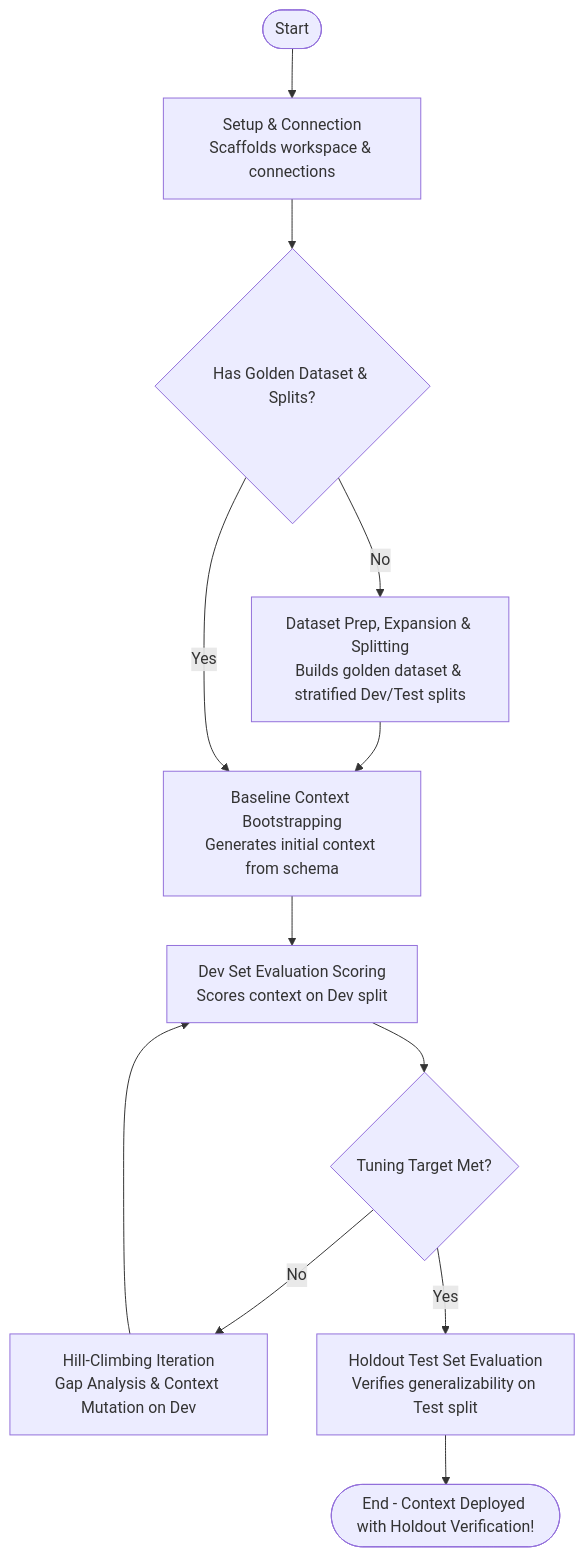
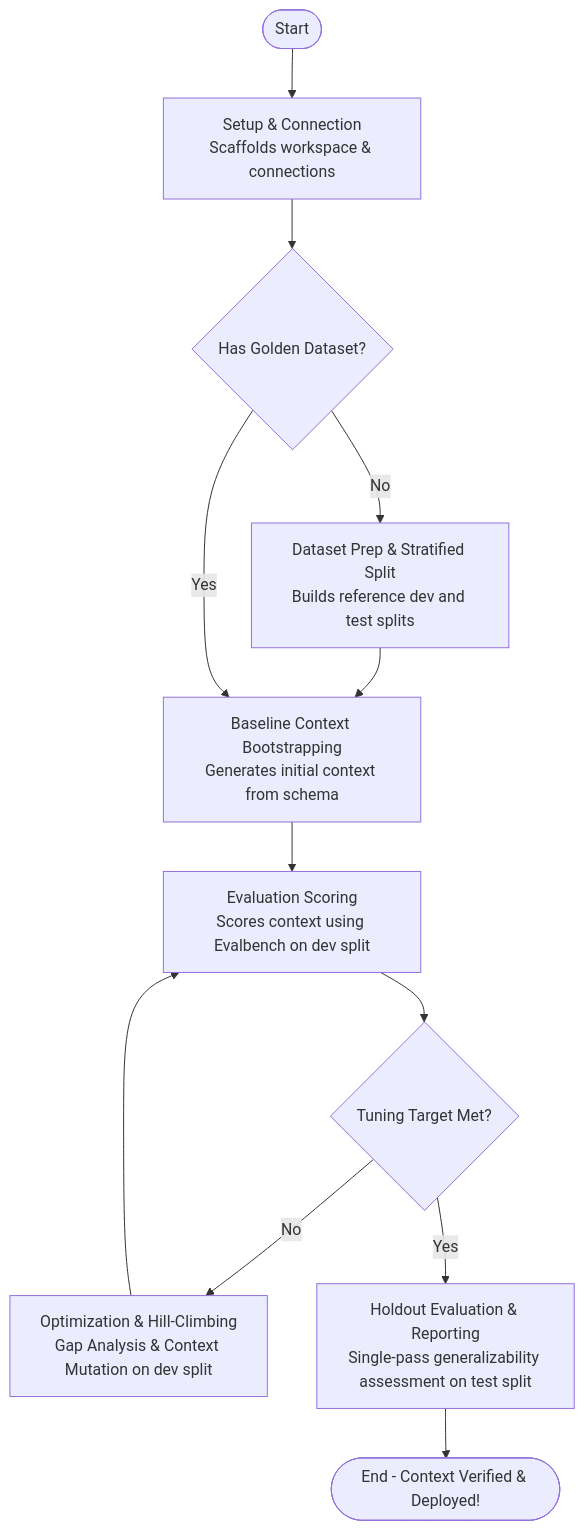
One commit to GoogleCloudPlatform/db-context-enrichment changed the diagram in plugin/skills/context-engineering-workflow/SKILL.md. Above: the diagram before and after it, drawn with Mermaid. The commit also changed other lines of this file and 7 other files, not shown here.

Commit message:
implementation that aligns with the new generalizability test feature design doc

````diff
--- a/plugin/skills/context-engineering-workflow/SKILL.md
+++ b/plugin/skills/context-engineering-workflow/SKILL.md
@@ -18,24 +18,24 @@
 ```mermaid
 flowchart TD
     Start([Start]) --> Setup[Setup & Connection
 Scaffolds workspace & connections]
-    Setup --> Prep{Has Golden Dataset & Splits?}
+    Setup --> Prep{Has Golden Dataset?}
     
-    Prep -- No --> DatasetPrep[Dataset Prep, Expansion & Splitting
-Builds golden dataset & stratified Dev/Test splits]
+    Prep -- No --> DatasetPrep[Dataset Prep & Stratified Split
+Builds reference dev and test splits]
     DatasetPrep --> Bootstrap[Baseline Context Bootstrapping
 Generates initial context from schema]
     Prep -- Yes --> Bootstrap
     
-    Bootstrap --> Evaluate[Dev Set Evaluation Scoring
-Scores context on Dev split]
+    Bootstrap --> Evaluate[Evaluation Scoring
+Scores context using Evalbench on dev split]
     Evaluate --> Loop{Tuning Target Met?}
     
-    Loop -- No --> Hillclimb[Hill-Climbing Iteration
-Gap Analysis & Context Mutation on Dev]
+    Loop -- No --> Hillclimb[Optimization & Hill-Climbing
+Gap Analysis & Context Mutation on dev split]
     Hillclimb --> Evaluate
     
-    Loop -- Yes --> Holdout[Holdout Test Set Evaluation
-Verifies generalizability on Test split]
-    Holdout --> End([End - Context Deployed with Holdout Verification!])
+    Loop -- Yes --> HoldoutEval[Holdout Evaluation & Reporting
+Single-pass generalizability assessment on test split]
+    HoldoutEval --> End([End - Context Verified & Deployed!])
 ```
````
